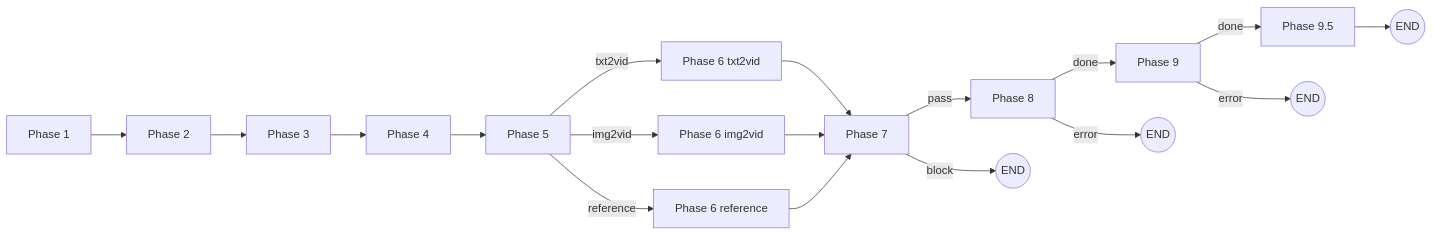
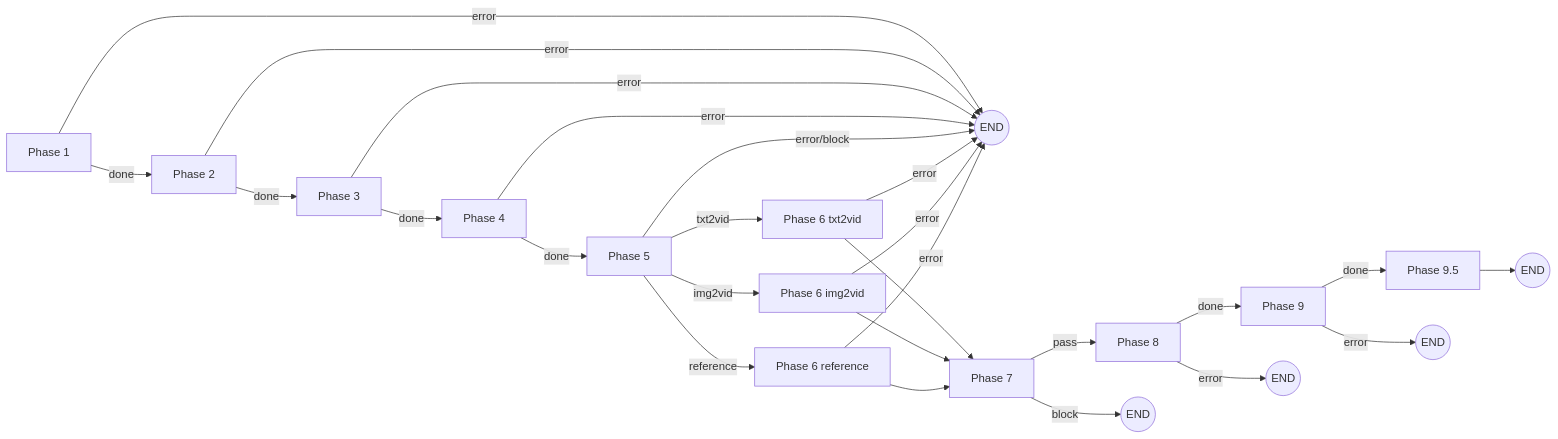
One commit to KuMaMon2019s/HonCutBag changed the second of 2 diagrams in docs/HONCUT_ARCHITECTURE.md. Above: the diagram before and after it, drawn with Mermaid. The commit also changed other lines of this file and 3 other files, not shown here.

Commit message:
fix(graph): stop failed phases before downstream work

````diff
--- a/docs/HONCUT_ARCHITECTURE.md
+++ b/docs/HONCUT_ARCHITECTURE.md
@@ -83,17 +83,25 @@
 ```mermaid
 flowchart LR
-    P1[Phase 1] --> P2[Phase 2] --> P3[Phase 3] --> P4[Phase 4] --> P5[Phase 5]
+    P1[Phase 1] -->|done| P2[Phase 2] -->|done| P3[Phase 3] -->|done| P4[Phase 4] -->|done| P5[Phase 5]
+    P1 -->|error| ENDP((END))
+    P2 -->|error| ENDP
+    P3 -->|error| ENDP
+    P4 -->|error| ENDP
     P5 -->|txt2vid| P6T[Phase 6 txt2vid]
     P5 -->|img2vid| P6I[Phase 6 img2vid]
     P5 -->|reference| P6R[Phase 6 reference]
+    P5 -->|error/block| ENDP
     P6T --> P7[Phase 7]
     P6I --> P7
     P6R --> P7
+    P6T -->|error| ENDP
+    P6I -->|error| ENDP
+    P6R -->|error| ENDP
     P7 -->|pass| P8[Phase 8]
     P7 -->|block| END1((END))
     P8 -->|done| P9[Phase 9]
     P8 -->|error| END2((END))
     P9 -->|done| P95[Phase 9.5]
     P9 -->|error| END3((END))
     P95 --> END4((END))
 ```
````
